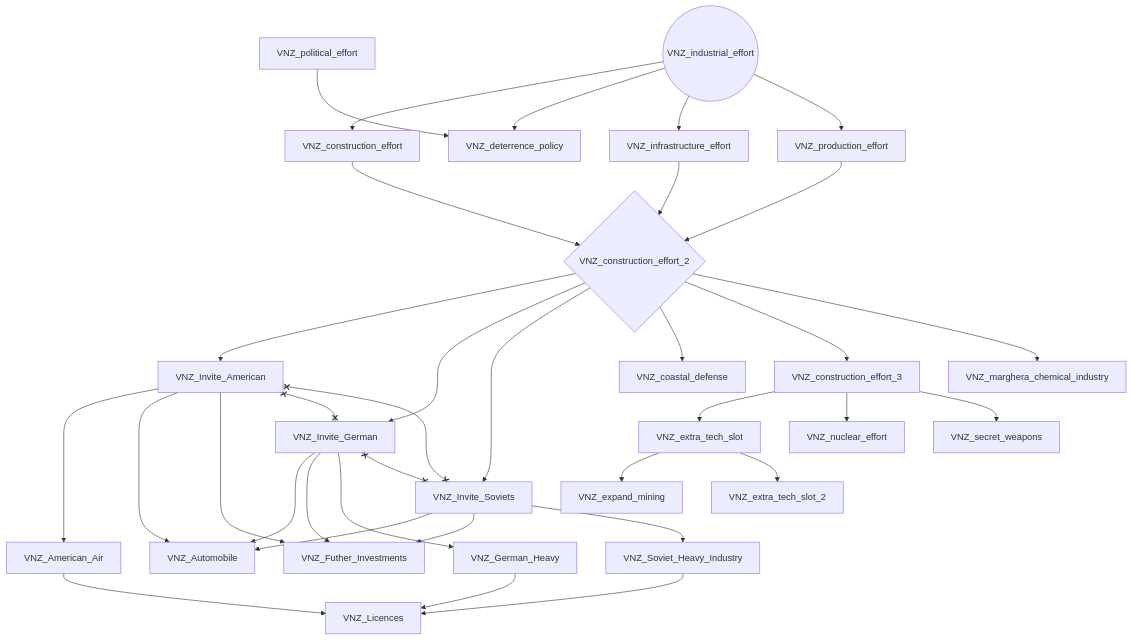
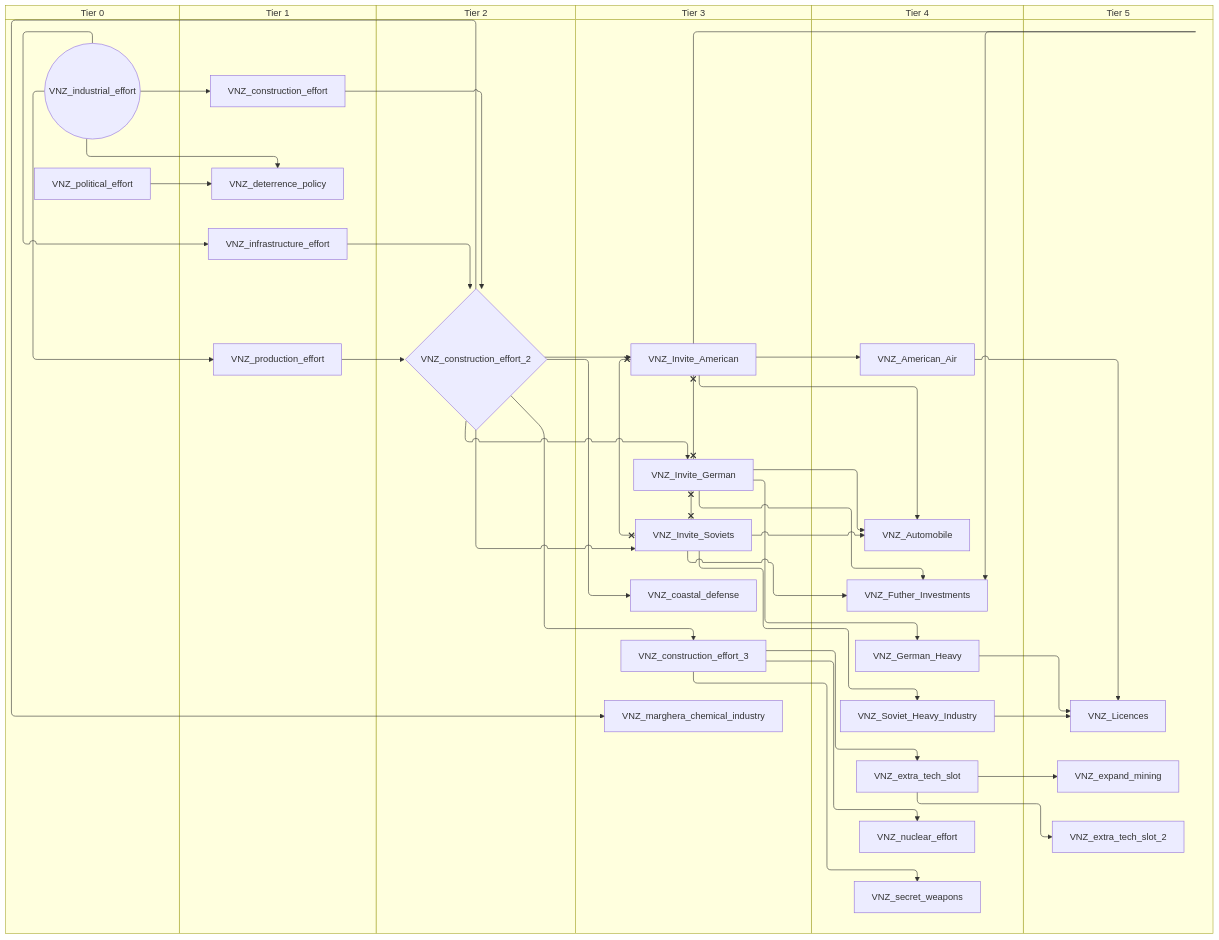
Before and after one commit to evgeny-sobol/hoi4-sandbox-mode-r56: the third of 5 diagrams in docs/gdd/National Focuses/r56/venice.md, drawn with Mermaid. The commit also changed other lines of this file and 423 other files, not shown here.

First line of the commit message:
Re-export Rt56 focus trees as swimlane diagrams

````diff
--- a/docs/gdd/National Focuses/r56/venice.md
+++ b/docs/gdd/National Focuses/r56/venice.md
@@ -74,61 +96,73 @@
 ```mermaid
-flowchart TD
-    n28["VNZ_American_Air"]
-    n29["VNZ_Automobile"]
-    n30["VNZ_Futher_Investments"]
-    n31["VNZ_German_Heavy"]
-    n32["VNZ_Invite_American"]
-    n33["VNZ_Invite_German"]
-    n34["VNZ_Invite_Soviets"]
-    n35["VNZ_Licences"]
-    n36["VNZ_Soviet_Heavy_Industry"]
-    n37["VNZ_coastal_defense"]
-    n38["VNZ_construction_effort"]
-    n39{"VNZ_construction_effort_2"}
-    n40["VNZ_construction_effort_3"]
-    n41["VNZ_deterrence_policy"]
-    n42["VNZ_expand_mining"]
-    n43["VNZ_extra_tech_slot"]
-    n44["VNZ_extra_tech_slot_2"]
-    n45(("VNZ_industrial_effort"))
-    n46["VNZ_infrastructure_effort"]
-    n47["VNZ_marghera_chemical_industry"]
-    n48["VNZ_nuclear_effort"]
-    n49["VNZ_political_effort"]
-    n50["VNZ_production_effort"]
-    n51["VNZ_secret_weapons"]
-    n32 --> n28
-    n32 --> n29
-    n33 --> n29
-    n34 --> n29
-    n32 --> n30
-    n33 --> n30
-    n34 --> n30
-    n33 --> n31
-    n39 --> n32
-    n39 --> n33
-    n39 --> n34
-    n28 --> n35
-    n31 --> n35
-    n36 --> n35
+swimlane-beta TD
+    subgraph tier_0["Tier 0"]
+        n28(("VNZ_industrial_effort"))
+        n29["VNZ_political_effort"]
+    end
+    subgraph tier_1["Tier 1"]
+        n30["VNZ_construction_effort"]
+        n31["VNZ_deterrence_policy"]
+        n32["VNZ_infrastructure_effort"]
+        n33["VNZ_production_effort"]
+    end
+    subgraph tier_2["Tier 2"]
+        n34{"VNZ_construction_effort_2"}
+    end
+    subgraph tier_3["Tier 3"]
+        n35["VNZ_Invite_American"]
+        n36["VNZ_Invite_German"]
+        n37["VNZ_Invite_Soviets"]
+        n38["VNZ_coastal_defense"]
+        n39["VNZ_construction_effort_3"]
+        n40["VNZ_marghera_chemical_industry"]
+    end
+    subgraph tier_4["Tier 4"]
+        n41["VNZ_American_Air"]
+        n42["VNZ_Automobile"]
+        n43["VNZ_Futher_Investments"]
+        n44["VNZ_German_Heavy"]
+        n45["VNZ_Soviet_Heavy_Industry"]
+        n46["VNZ_extra_tech_slot"]
+        n47["VNZ_nuclear_effort"]
+        n48["VNZ_secret_weapons"]
+    end
+    subgraph tier_5["Tier 5"]
+        n49["VNZ_Licences"]
+        n50["VNZ_expand_mining"]
+        n51["VNZ_extra_tech_slot_2"]
+    end
+    n35 --> n41
+    n35 --> n42
+    n36 --> n42
+    n37 --> n42
+    n35 --> n43
+    n36 --> n43
+    n37 --> n43
+    n36 --> n44
+    n34 --> n35
     n34 --> n36
-    n39 --> n37
-    n45 --> n38
-    n46 --> n39
-    n38 --> n39
-    n50 --> n39
-    n39 --> n40
-    n49 --> n41
-    n45 --> n41
-    n43 --> n42
-    n40 --> n43
-    n43 --> n44
-    n45 --> n46
+    n34 --> n37
+    n41 --> n49
+    n44 --> n49
+    n45 --> n49
+    n37 --> n45
+    n34 --> n38
+    n28 --> n30
+    n32 --> n34
+    n30 --> n34
+    n33 --> n34
+    n34 --> n39
+    n29 --> n31
+    n28 --> n31
+    n46 --> n50
+    n39 --> n46
+    n46 --> n51
+    n28 --> n32
+    n34 --> n40
     n39 --> n47
-    n40 --> n48
-    n45 --> n50
-    n40 --> n51
-    n32 x--x n33
-    n32 x--x n34
-    n33 x--x n34
+    n28 --> n33
+    n39 --> n48
+    n35 x--x n36
+    n35 x--x n37
+    n36 x--x n37
 ```
````
